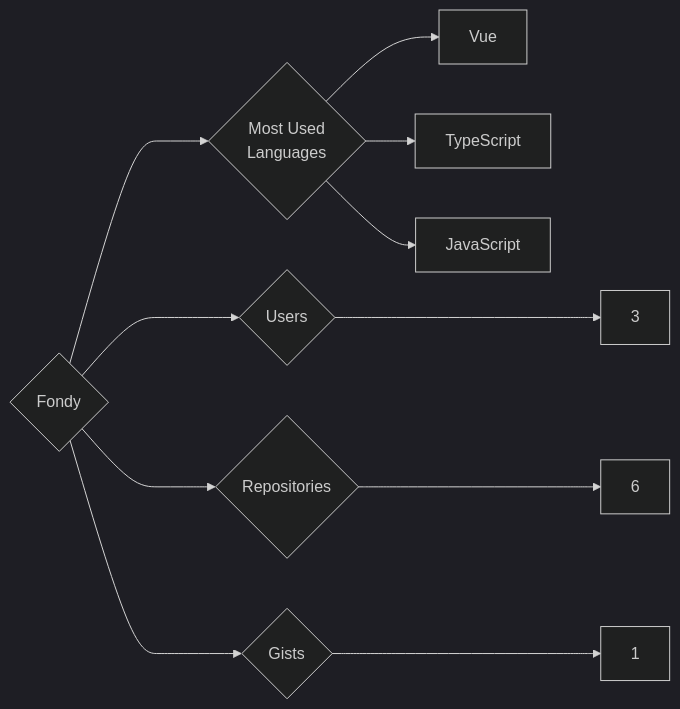
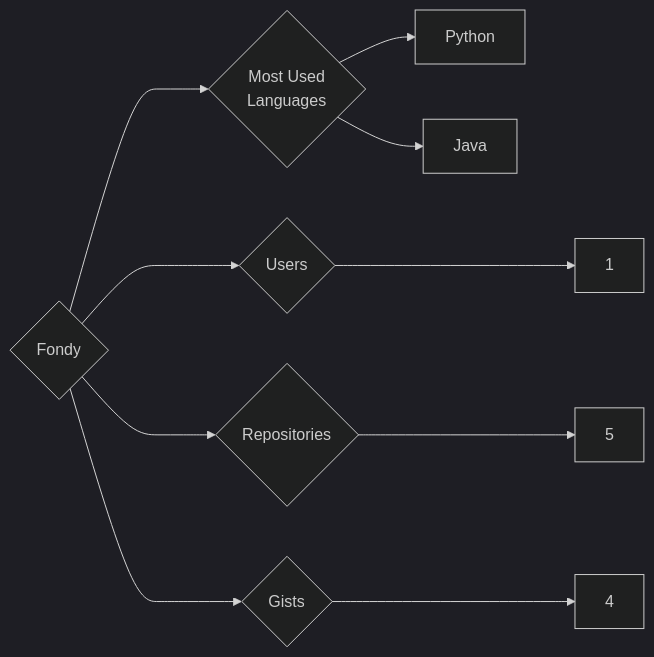
The diagram in targets/Fondy/README.md (trickest/insiders), drawn with Mermaid (dark theme) before and after one commit. The commit also changed 925 other files, not shown here.

````diff
--- a/targets/Fondy/README.md
+++ b/targets/Fondy/README.md
@@ -3,11 +3,10 @@
 ```mermaid
 graph LR
 COMPANY_NAME{Fondy}
-COMPANY_NAME ---> U{Users} ---> UN[3]
-COMPANY_NAME ---> R{Repositories} ---> RN[6]
-COMPANY_NAME ---> G{Gists} ---> GN[1]
+COMPANY_NAME ---> U{Users} ---> UN[1]
+COMPANY_NAME ---> R{Repositories} ---> RN[5]
+COMPANY_NAME ---> G{Gists} ---> GN[4]
 COMPANY_NAME ---> ML{Most Used<br>Languages}
-ML --> Vue[Vue]
-ML --> TypeScript[TypeScript]
-ML --> JavaScript[JavaScript]
+ML --> Python[Python]
+ML --> Java[Java]
 ```
````
